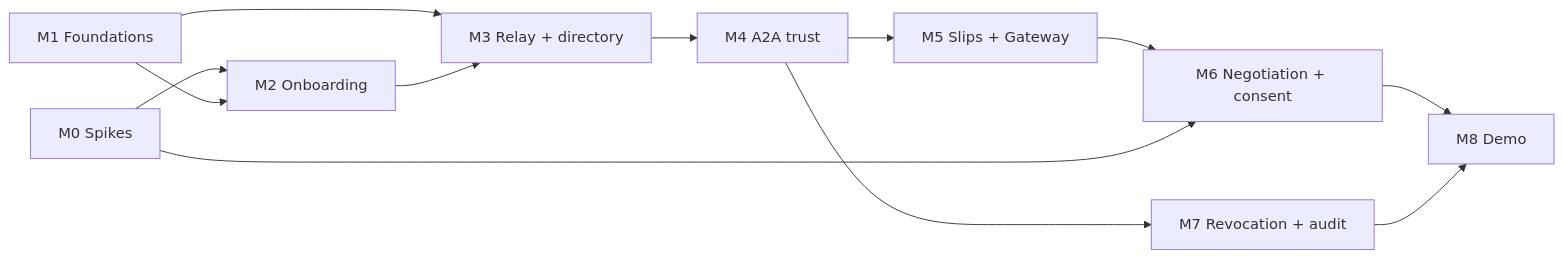
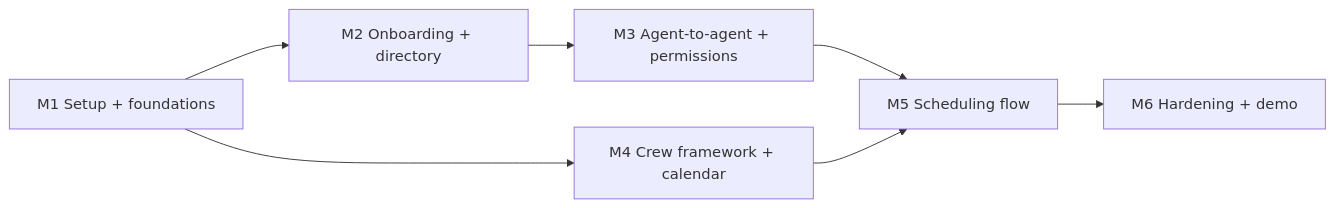
Before and after one commit to Vishwas1/number1-agent: the diagram in roadmap.md, drawn with Mermaid. The commit also changed other lines of this file and 8 other files, not shown here.

Commit message:
updated the roadmap

````diff
--- a/roadmap.md
+++ b/roadmap.md
@@ -23,14 +20,9 @@
 ```mermaid
 flowchart LR
-    M0[M0 Spikes] --> M2
-    M1[M1 Foundations] --> M2[M2 Onboarding]
-    M1 --> M3[M3 Relay + directory]
-    M2 --> M3
-    M3 --> M4[M4 A2A trust]
-    M4 --> M5[M5 Slips + Gateway]
-    M5 --> M6[M6 Negotiation + consent]
-    M0 --> M6
-    M4 --> M7[M7 Revocation + audit]
-    M6 --> M8[M8 Demo]
-    M7 --> M8
+    M1[M1 Setup + foundations] --> M2[M2 Onboarding + directory]
+    M2 --> M3[M3 Agent-to-agent + permissions]
+    M1 --> M4[M4 Crew framework + calendar]
+    M3 --> M5[M5 Scheduling flow]
+    M4 --> M5
+    M5 --> M6[M6 Hardening + demo]
 ```
````
